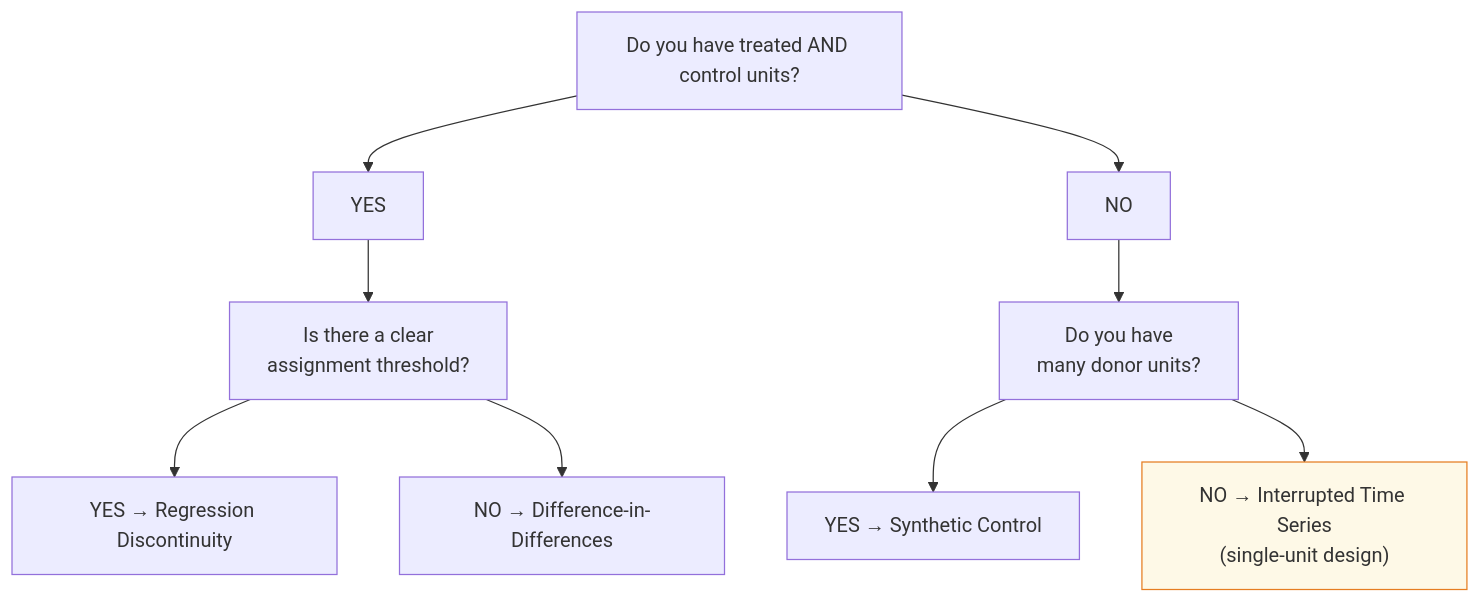
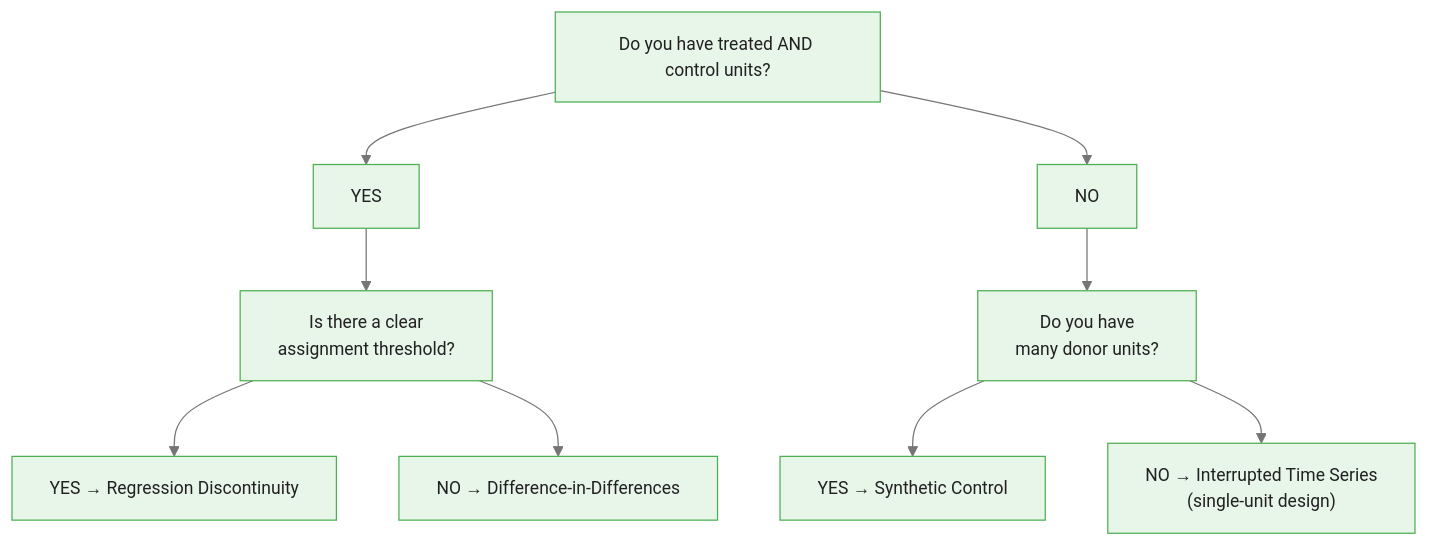
One commit to m-deane/course-creator changed the fourth of 5 diagrams in courses/causalpy-interrupted-time-series/modules/module_01_its_fundamentals/guides/01_its_introduction_slides.md. Above: the diagram before and after it, drawn with Mermaid. The commit also changed other lines of this file and 87 other files, not shown here.

````diff
--- a/courses/causalpy-interrupted-time-series/modules/module_01_its_fundamentals/guides/01_its_introduction_slides.md
+++ b/courses/causalpy-interrupted-time-series/modules/module_01_its_fundamentals/guides/01_its_introduction_slides.md
@@ -225,12 +240,12 @@
 ```mermaid
+%%{init: {"theme": "base", "themeVariables": {"primaryColor": "#e8f5e9", "primaryBorderColor": "#4caf50", "primaryTextColor": "#212121", "secondaryColor": "#e3f2fd", "tertiaryColor": "#fff8e1", "lineColor": "#757575", "fontFamily": "Inter, sans-serif", "fontSize": "14px"}}}%%
 flowchart TD
     Q["Do you have treated AND control units?"] --> Y1["YES"]
     Q --> N1["NO"]
     Y1 --> Q2["Is there a clear\n assignment threshold?"]
     Q2 --> Y2["YES → Regression Discontinuity"]
     Q2 --> N2["NO → Difference-in-Differences"]
     N1 --> Q3["Do you have\nmany donor units?"]
     Q3 --> Y3["YES → Synthetic Control"]
     Q3 --> N3["NO → Interrupted Time Series\n(single-unit design)"]
-    style N3 fill:#fef9e7,stroke:#e67e22
 ```
````
